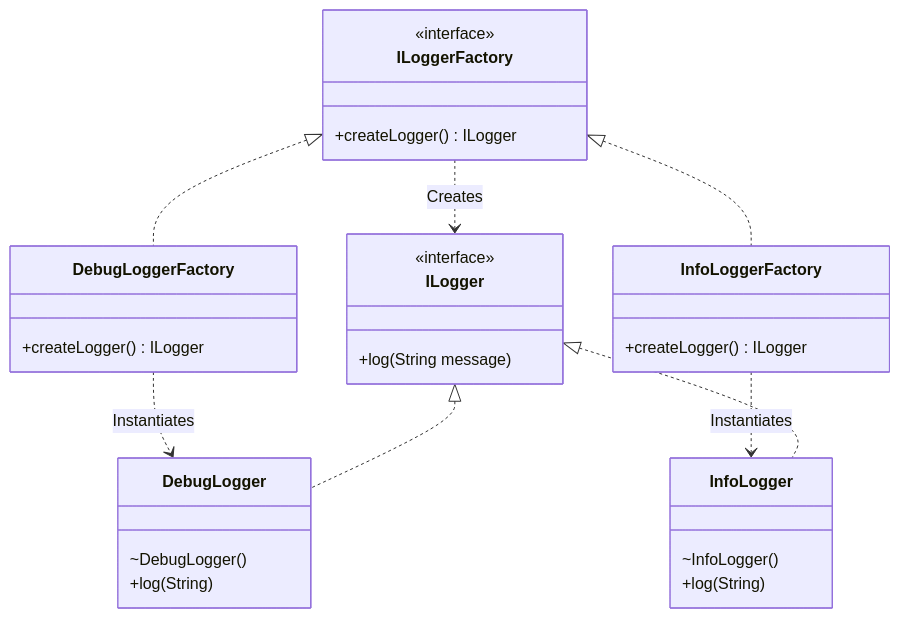
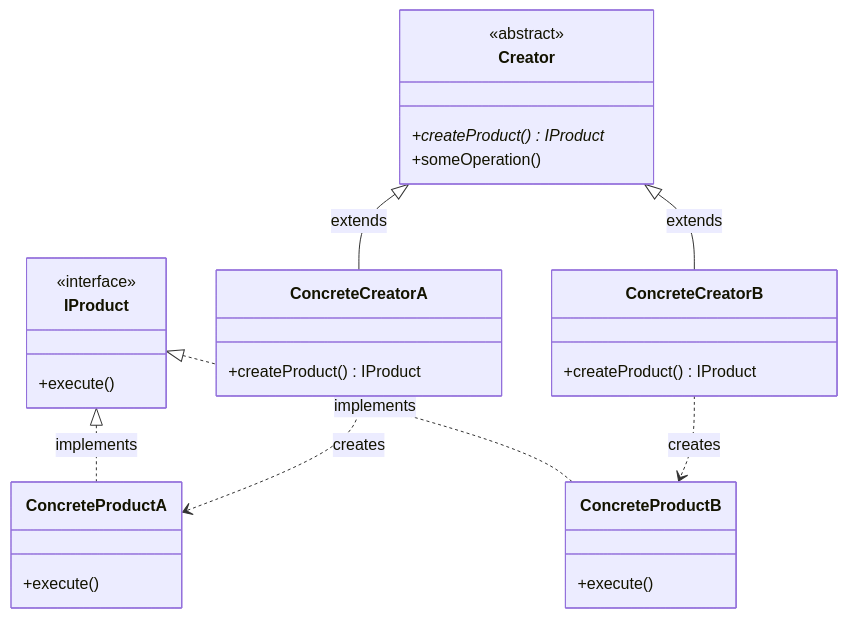
One commit to prasenjeet-0322/engineering-design-vault changed the first of 2 diagrams in lld/01-Creational/02-Factory Method Design Pattern/README.md. Above: the diagram before and after it, drawn with Mermaid. The commit also changed other lines of this file and 78 other files, not shown here.

````diff
--- a/lld/01-Creational/02-Factory Method Design Pattern/README.md
+++ b/lld/01-Creational/02-Factory Method Design Pattern/README.md
@@ -68,35 +26,36 @@
 ```mermaid
 classDiagram
-    class ILogger {
+    class IProduct {
         <<interface>>
-        +log(String message)
-    }
-    class DebugLogger {
-        ~DebugLogger()
-        +log(String)
-    }
-    class InfoLogger {
-        ~InfoLogger()
-        +log(String)
-    }
-    
-    class ILoggerFactory {
-        <<interface>>
-        +createLogger() ILogger
-    }
-    class DebugLoggerFactory {
-        +createLogger() ILogger
-    }
-    class InfoLoggerFactory {
-        +createLogger() ILogger
+        +execute()
     }
 
-    ILoggerFactory ..> ILogger : Creates
-    DebugLoggerFactory ..> DebugLogger : Instantiates
-    InfoLoggerFactory ..> InfoLogger : Instantiates
-    
-    ILogger <|.. DebugLogger
-    ILogger <|.. InfoLogger
-    ILoggerFactory <|.. DebugLoggerFactory
-    ILoggerFactory <|.. InfoLoggerFactory
+    class ConcreteProductA {
+        +execute()
+    }
+
+    class ConcreteProductB {
+        +execute()
+    }
+
+    class Creator {
+        <<abstract>>
+        +createProduct()* IProduct
+        +someOperation()
+    }
+
+    class ConcreteCreatorA {
+        +createProduct() IProduct
+    }
+
+    class ConcreteCreatorB {
+        +createProduct() IProduct
+    }
+
+    IProduct <|.. ConcreteProductA : implements
+    IProduct <|.. ConcreteProductB : implements
+    Creator <|-- ConcreteCreatorA : extends
+    Creator <|-- ConcreteCreatorB : extends
+    ConcreteCreatorA ..> ConcreteProductA : creates
+    ConcreteCreatorB ..> ConcreteProductB : creates
 ```
````
